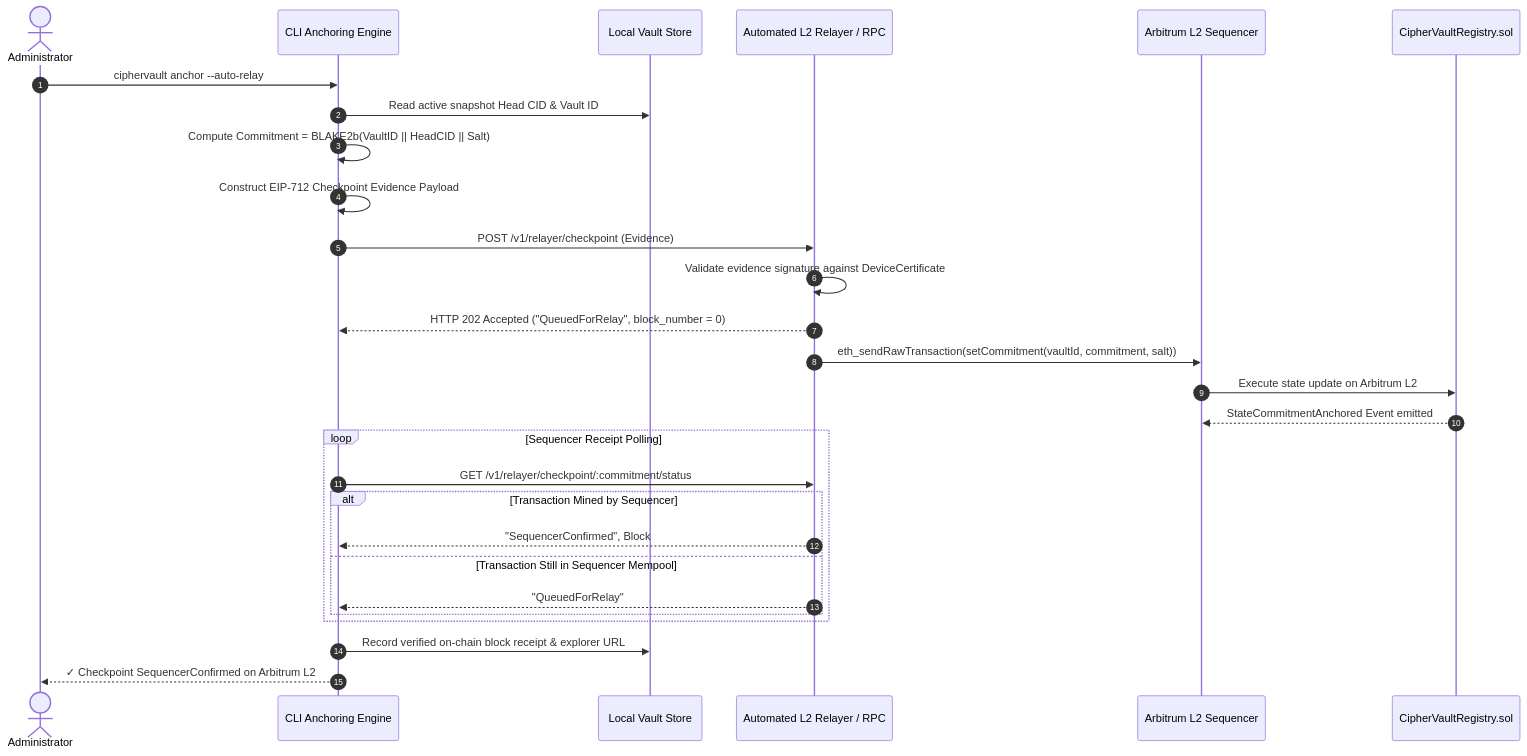
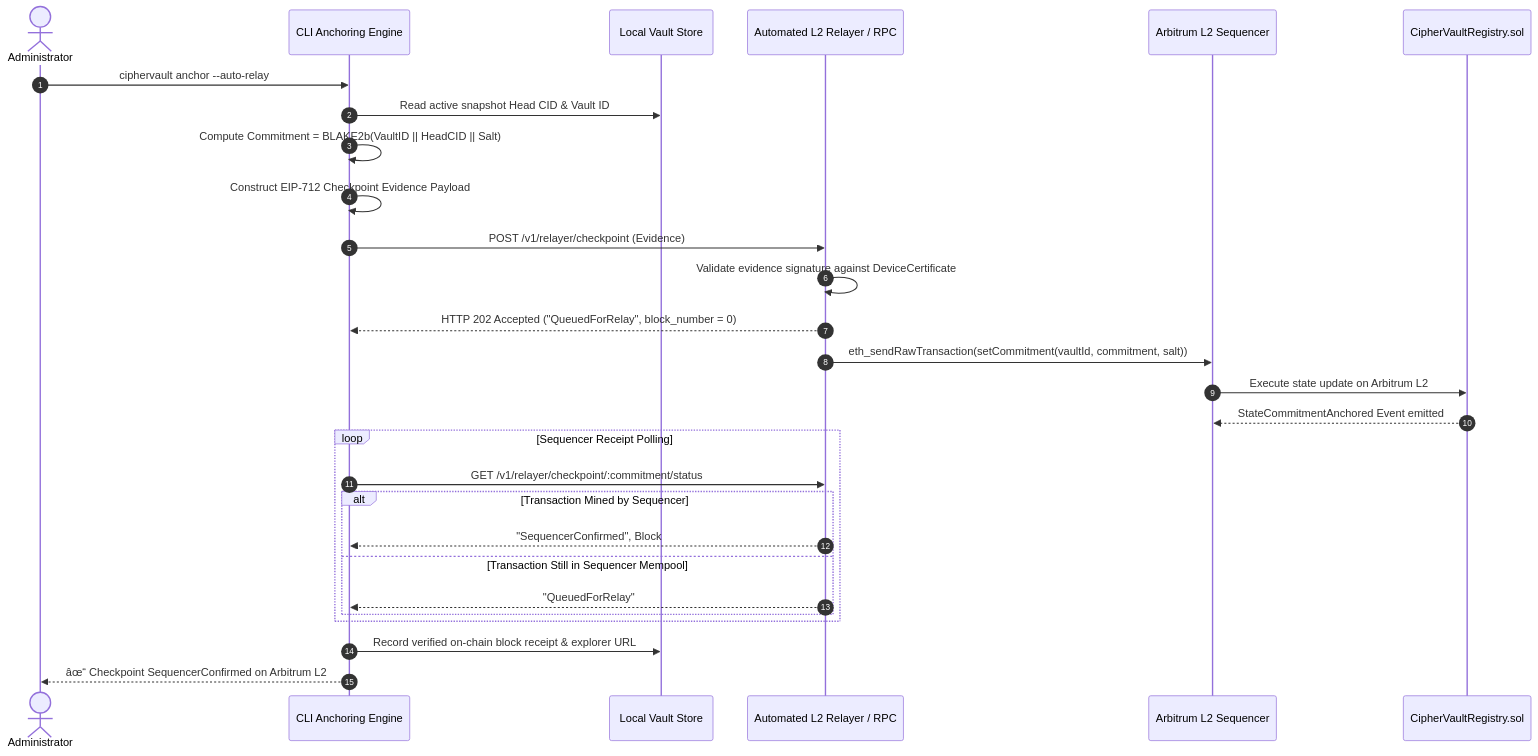
Before and after one commit to samuel-1-avson/CipherVault: the fifth of 14 diagrams in docs/SYSTEM_WORKFLOW.md, drawn with Mermaid. The commit also changed other lines of this file and 5 other files, not shown here.

````diff
--- a/docs/SYSTEM_WORKFLOW.md
+++ b/docs/SYSTEM_WORKFLOW.md
@@ -293,35 +293,35 @@
 ```mermaid
 sequenceDiagram
     autonumber
     actor Dev as Administrator
     participant CLI as CLI Anchoring Engine
     participant Store as Local Vault Store
     participant Relayer as Automated L2 Relayer / RPC
     participant Seq as Arbitrum L2 Sequencer
     participant SC as CipherVaultRegistry.sol
 
     Dev->>CLI: ciphervault anchor --auto-relay
     CLI->>Store: Read active snapshot Head CID & Vault ID
     CLI->>CLI: Compute Commitment = BLAKE2b(VaultID || HeadCID || Salt)
     CLI->>CLI: Construct EIP-712 Checkpoint Evidence Payload
     
     CLI->>Relayer: POST /v1/relayer/checkpoint (Evidence)
     Relayer->>Relayer: Validate evidence signature against DeviceCertificate
     Relayer-->>CLI: HTTP 202 Accepted ("QueuedForRelay", block_number = 0)
     
     Relayer->>Seq: eth_sendRawTransaction(setCommitment(vaultId, commitment, salt))
     Seq->>SC: Execute state update on Arbitrum L2
     SC-->>Seq: StateCommitmentAnchored Event emitted
     
     loop Sequencer Receipt Polling
         CLI->>Relayer: GET /v1/relayer/checkpoint/:commitment/status
         alt Transaction Mined by Sequencer
             Relayer-->>CLI: "SequencerConfirmed", Block #308,231,027, TxHash: 0x...
         else Transaction Still in Sequencer Mempool
             Relayer-->>CLI: "QueuedForRelay"
         end
     end
     
     CLI->>Store: Record verified on-chain block receipt & explorer URL
-    CLI-->>Dev: ✓ Checkpoint SequencerConfirmed on Arbitrum L2
+    CLI-->>Dev: âœ“ Checkpoint SequencerConfirmed on Arbitrum L2
 ```
````
